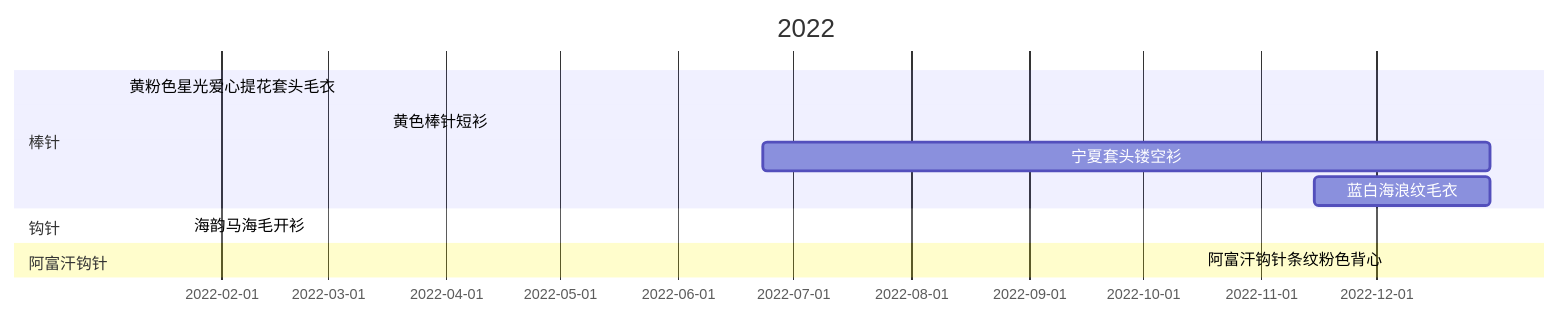
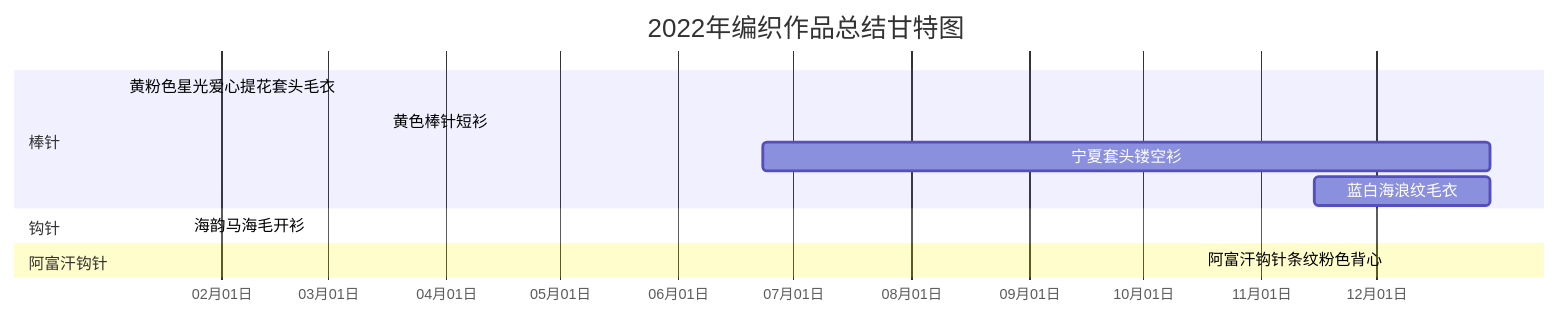
One commit to JiYouMCC/JiYouMCC.github.io changed the diagram in _posts/2019-01-29-86.markdown. Above: the diagram before and after it, drawn with Mermaid.

````diff
--- a/_posts/2019-01-29-86.markdown
+++ b/_posts/2019-01-29-86.markdown
@@ -18,13 +18,15 @@
 ```mermaid
 gantt
-    title 2022
+    title 2022年编织作品总结甘特图
+    axisFormat %m月%d日
+    todayMarker off
     section 棒针
     黄粉色星光爱心提花套头毛衣   :done,   2022-01-06, 2022-05-08
     黄色棒针短衫                :done,   2022-03-16, 2022-06-21
     宁夏套头镂空衫              :active  2022-06-23,191d
     蓝白海浪纹毛衣              :active  2022-11-15, 46d 
     section 钩针
     海韵马海毛开衫              :done,  2022-01-23, 2022-11-15 
     section 阿富汗钩针
     阿富汗钩针条纹粉色背心       :done,  2022-10-16, 2022-10-30  
 ```
````
